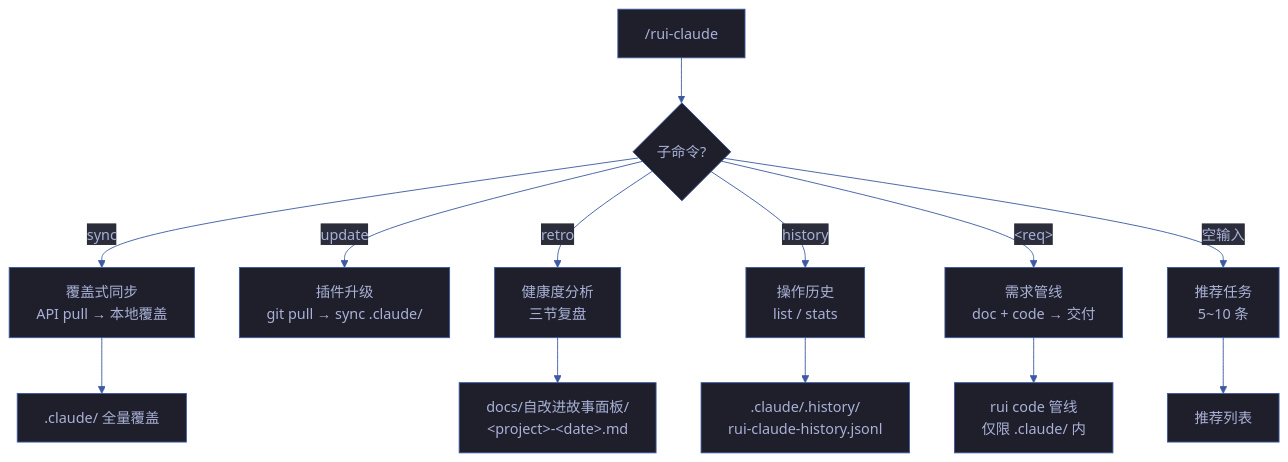
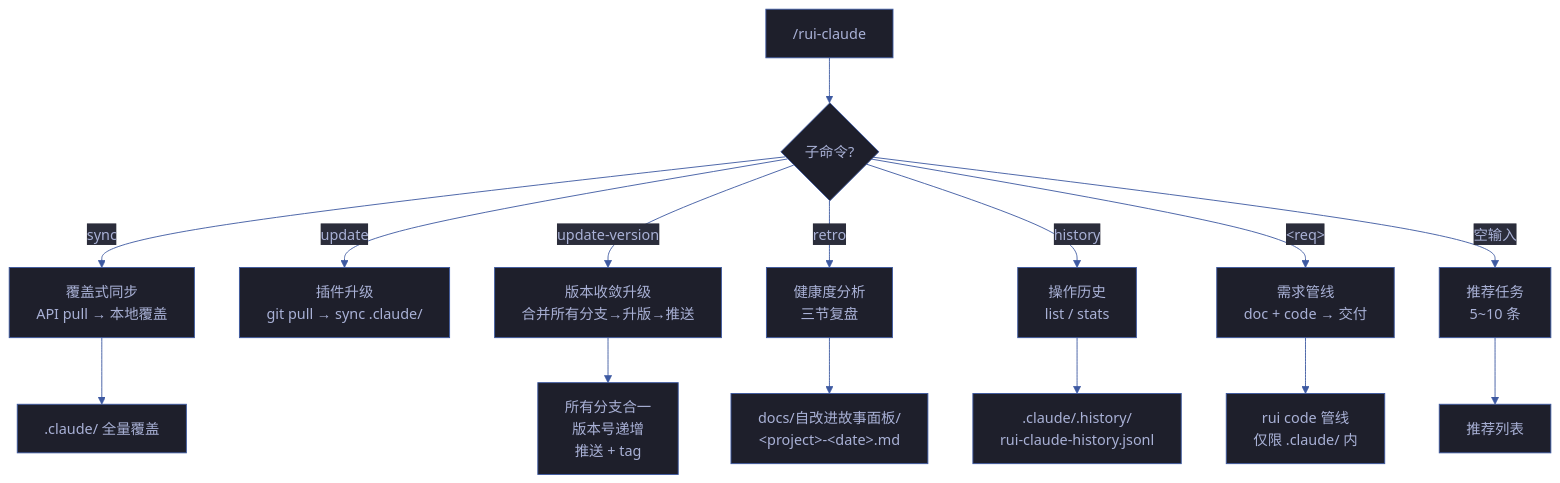
One commit to effiy/YrY changed the first of 9 diagrams in skills/rui-claude/SKILL.md. Above: the diagram before and after it, drawn with Mermaid. The commit also changed other lines of this file and 32 other files, not shown here.

````diff
--- a/skills/rui-claude/SKILL.md
+++ b/skills/rui-claude/SKILL.md
@@ -20,27 +20,29 @@
 ```mermaid
 %%{init: {'theme': 'base', 'themeVariables': {
   'primaryColor': '#1e1f2b',
   'primaryTextColor': '#a9b1d6',
   'primaryBorderColor': '#3d59a1',
   'lineColor': '#3d59a1',
   'secondaryColor': '#2b2d3b',
   'tertiaryColor': '#21232f'
 }}}%%
 flowchart TB
     ENTRY["/rui-claude"]:::src --> Q1{"子命令?"}
 
     Q1 -->|"sync"| SYNC["覆盖式同步<br/>API pull → 本地覆盖"]:::cmd
     Q1 -->|"update"| UPDATE["插件升级<br/>git pull → sync .claude/"]:::cmd
+    Q1 -->|"update-version"| UV["版本收敛升级<br/>合并所有分支→升版→推送"]:::cmd
     Q1 -->|"retro"| RETRO["健康度分析<br/>三节复盘"]:::cmd
     Q1 -->|"history"| HIST["操作历史<br/>list / stats"]:::cmd
     Q1 -->|"&lt;req&gt;"| REQ["需求管线<br/>doc + code → 交付"]:::cmd
     Q1 -->|"空输入"| LIST["推荐任务<br/>5~10 条"]:::cmd
 
     SYNC --> S_OUT[".claude/ 全量覆盖"]:::out
+    UV --> UV_OUT["所有分支合一<br/>版本号递增<br/>推送 + tag"]:::out
     RETRO --> R_OUT["docs/自改进故事面板/<br/>&lt;project&gt;-&lt;date&gt;.md"]:::out
     HIST --> H_OUT[".claude/.history/<br/>rui-claude-history.jsonl"]:::out
     REQ --> PIPE["rui code 管线<br/>仅限 .claude/ 内"]:::pipe
     LIST --> L_OUT["推荐列表"]:::out
 
 
 ```
````
